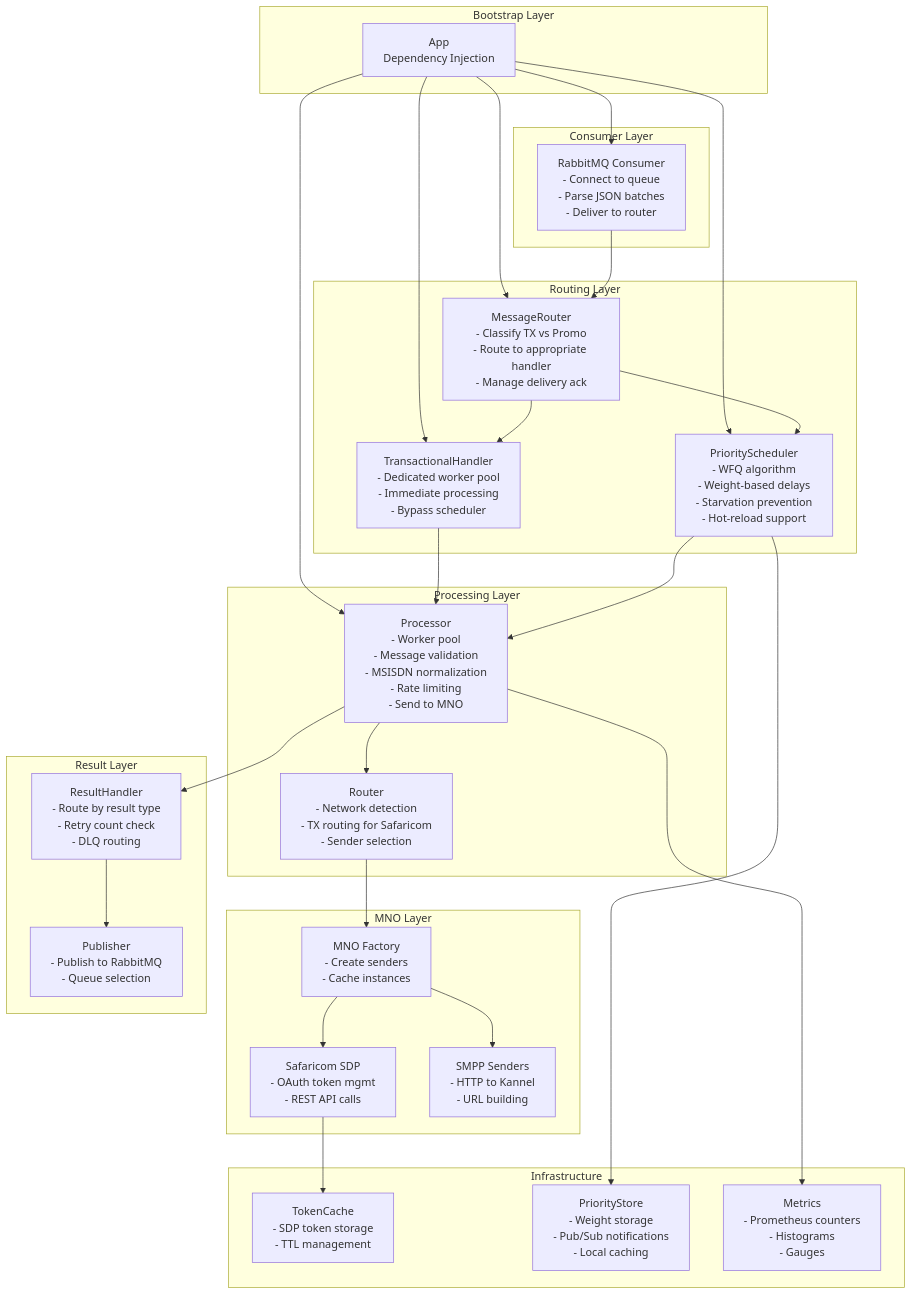
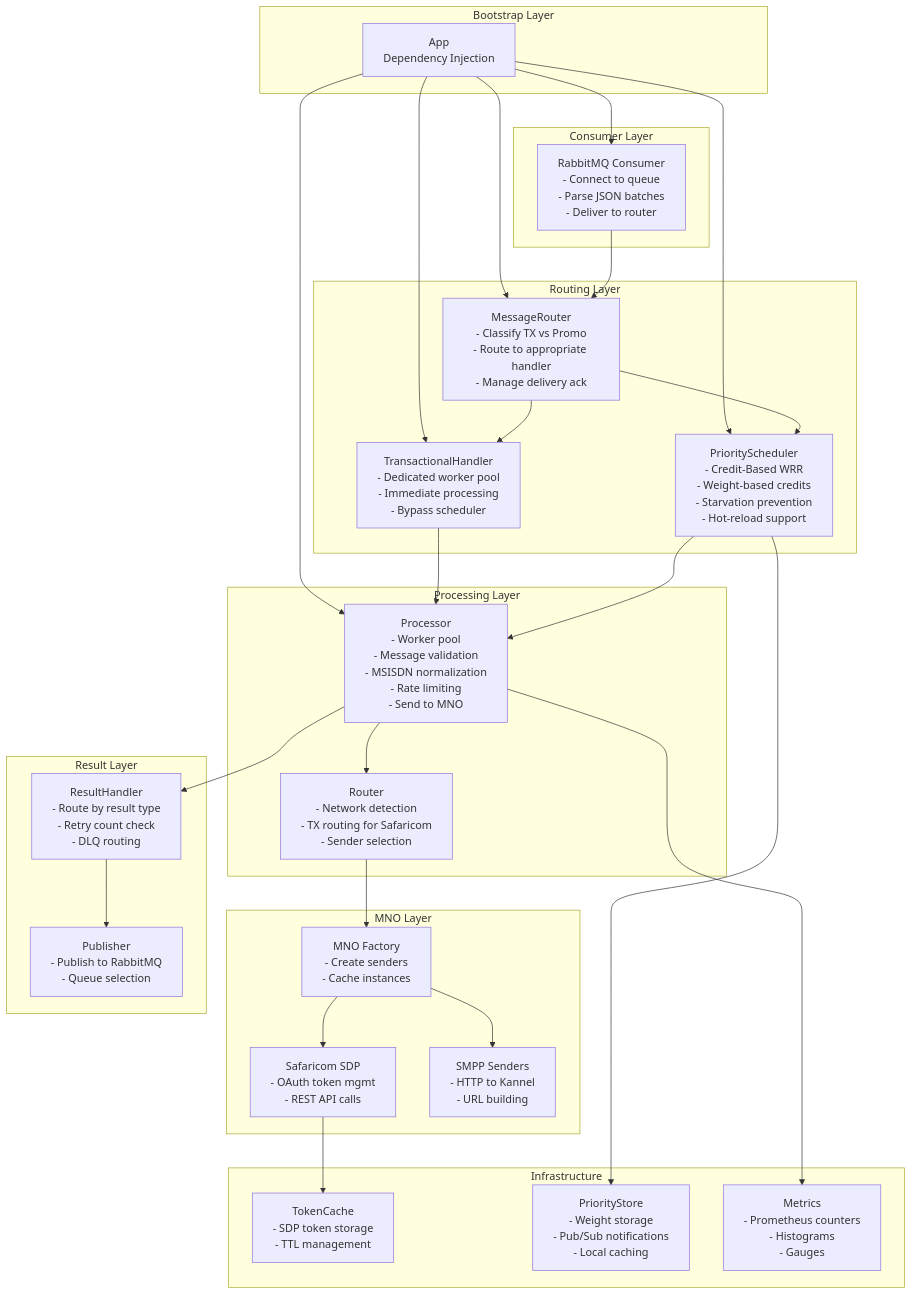
Before and after one commit to ElMonstro/sms-mno-gateway: the ninth of 18 diagrams in docs/architecture.md, drawn with Mermaid. The commit also changed other lines of this file and 3 other files, not shown here.

````diff
--- a/docs/architecture.md
+++ b/docs/architecture.md
@@ -672,68 +923,68 @@
 ```mermaid
 graph TB
     subgraph "Bootstrap Layer"
         APP[App<br/>Dependency Injection]
     end
 
     subgraph "Consumer Layer"
         CONSUMER[RabbitMQ Consumer<br/>- Connect to queue<br/>- Parse JSON batches<br/>- Deliver to router]
     end
 
     subgraph "Routing Layer"
         MSG_ROUTER[MessageRouter<br/>- Classify TX vs Promo<br/>- Route to appropriate handler<br/>- Manage delivery ack]
 
         TX_HANDLER[TransactionalHandler<br/>- Dedicated worker pool<br/>- Immediate processing<br/>- Bypass scheduler]
 
-        PRI_SCHED[PriorityScheduler<br/>- WFQ algorithm<br/>- Weight-based delays<br/>- Starvation prevention<br/>- Hot-reload support]
+        PRI_SCHED[PriorityScheduler<br/>- Credit-Based WRR<br/>- Weight-based credits<br/>- Starvation prevention<br/>- Hot-reload support]
     end
 
     subgraph "Processing Layer"
         PROCESSOR[Processor<br/>- Worker pool<br/>- Message validation<br/>- MSISDN normalization<br/>- Rate limiting<br/>- Send to MNO]
 
         ROUTER[Router<br/>- Network detection<br/>- TX routing for Safaricom<br/>- Sender selection]
     end
 
     subgraph "MNO Layer"
         FACTORY[MNO Factory<br/>- Create senders<br/>- Cache instances]
 
         SDP[Safaricom SDP<br/>- OAuth token mgmt<br/>- REST API calls]
 
         SMPP[SMPP Senders<br/>- HTTP to Kannel<br/>- URL building]
     end
 
     subgraph "Result Layer"
         RESULT_H[ResultHandler<br/>- Route by result type<br/>- Retry count check<br/>- DLQ routing]
 
         PUBLISHER[Publisher<br/>- Publish to RabbitMQ<br/>- Queue selection]
     end
 
     subgraph "Infrastructure"
         REDIS_TC[TokenCache<br/>- SDP token storage<br/>- TTL management]
 
         REDIS_PS[PriorityStore<br/>- Weight storage<br/>- Pub/Sub notifications<br/>- Local caching]
 
         METRICS[Metrics<br/>- Prometheus counters<br/>- Histograms<br/>- Gauges]
     end
 
     APP --> CONSUMER
     APP --> MSG_ROUTER
     APP --> TX_HANDLER
     APP --> PRI_SCHED
     APP --> PROCESSOR
 
     CONSUMER --> MSG_ROUTER
     MSG_ROUTER --> TX_HANDLER
     MSG_ROUTER --> PRI_SCHED
     TX_HANDLER --> PROCESSOR
     PRI_SCHED --> PROCESSOR
     PROCESSOR --> ROUTER
     ROUTER --> FACTORY
     FACTORY --> SDP
     FACTORY --> SMPP
     PROCESSOR --> RESULT_H
     RESULT_H --> PUBLISHER
 
     SDP --> REDIS_TC
     PRI_SCHED --> REDIS_PS
     PROCESSOR --> METRICS
 ```
````
